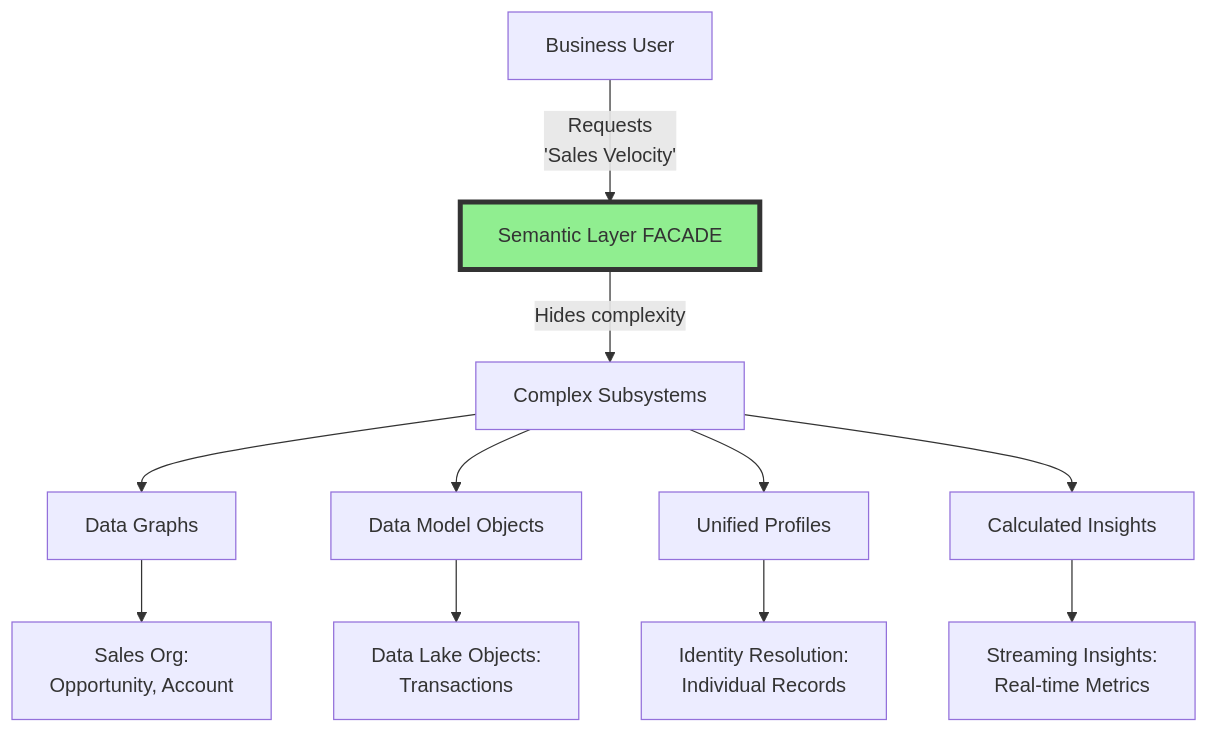
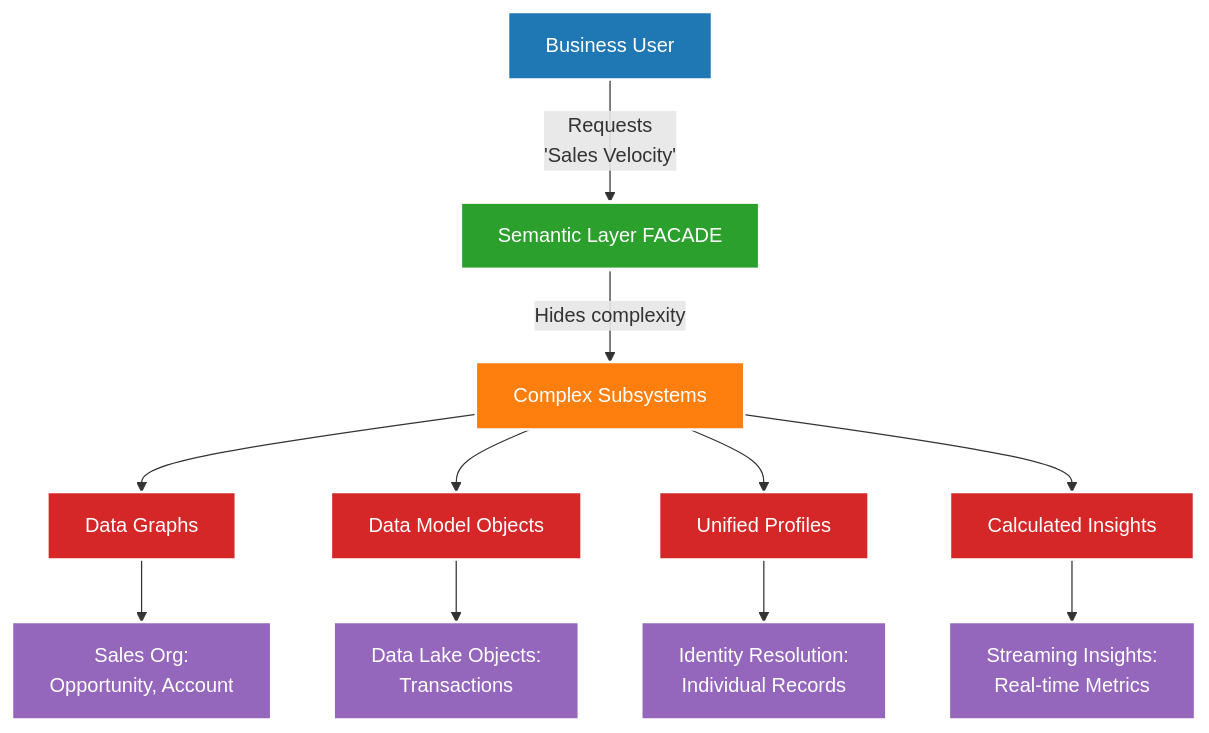
One commit to arupsarkar-sfdc/Misc changed the fifth of 20 diagrams in README_DataCloud_Patterns_Data_Examples.md. Above: the diagram before and after it, drawn with Mermaid. The commit also changed other lines of this file and 1 other file, not shown here.

````diff
--- a/README_DataCloud_Patterns_Data_Examples.md
+++ b/README_DataCloud_Patterns_Data_Examples.md
@@ -184,18 +1162,28 @@
 ```mermaid
 graph TB
     User[Business User] -->|Requests<br/>'Sales Velocity'| Facade[Semantic Layer FACADE]
     
     Facade -->|Hides complexity| Complex[Complex Subsystems]
     
     Complex --> DG[Data Graphs]
     Complex --> DMO[Data Model Objects]
     Complex --> UI[Unified Profiles]
     Complex --> CI[Calculated Insights]
     
     DG --> Raw1[Sales Org:<br/>Opportunity, Account]
     DMO --> Raw2[Data Lake Objects:<br/>Transactions]
     UI --> Raw3[Identity Resolution:<br/>Individual Records]
     CI --> Raw4[Streaming Insights:<br/>Real-time Metrics]
     
-    style Facade fill:#90EE90,stroke:#333,stroke-width:4px
+    style User fill:#1f77b4,stroke:#ffffff,stroke-width:2px,color:#ffffff
+    style Facade fill:#2ca02c,stroke:#ffffff,stroke-width:3px,color:#ffffff
+    style Complex fill:#ff7f0e,stroke:#ffffff,stroke-width:2px,color:#ffffff
+    style DG fill:#d62728,stroke:#ffffff,stroke-width:2px,color:#ffffff
+    style DMO fill:#d62728,stroke:#ffffff,stroke-width:2px,color:#ffffff
+    style UI fill:#d62728,stroke:#ffffff,stroke-width:2px,color:#ffffff
+    style CI fill:#d62728,stroke:#ffffff,stroke-width:2px,color:#ffffff
+    style Raw1 fill:#9467bd,stroke:#ffffff,stroke-width:2px,color:#ffffff
+    style Raw2 fill:#9467bd,stroke:#ffffff,stroke-width:2px,color:#ffffff
+    style Raw3 fill:#9467bd,stroke:#ffffff,stroke-width:2px,color:#ffffff
+    style Raw4 fill:#9467bd,stroke:#ffffff,stroke-width:2px,color:#ffffff
 ```
````
